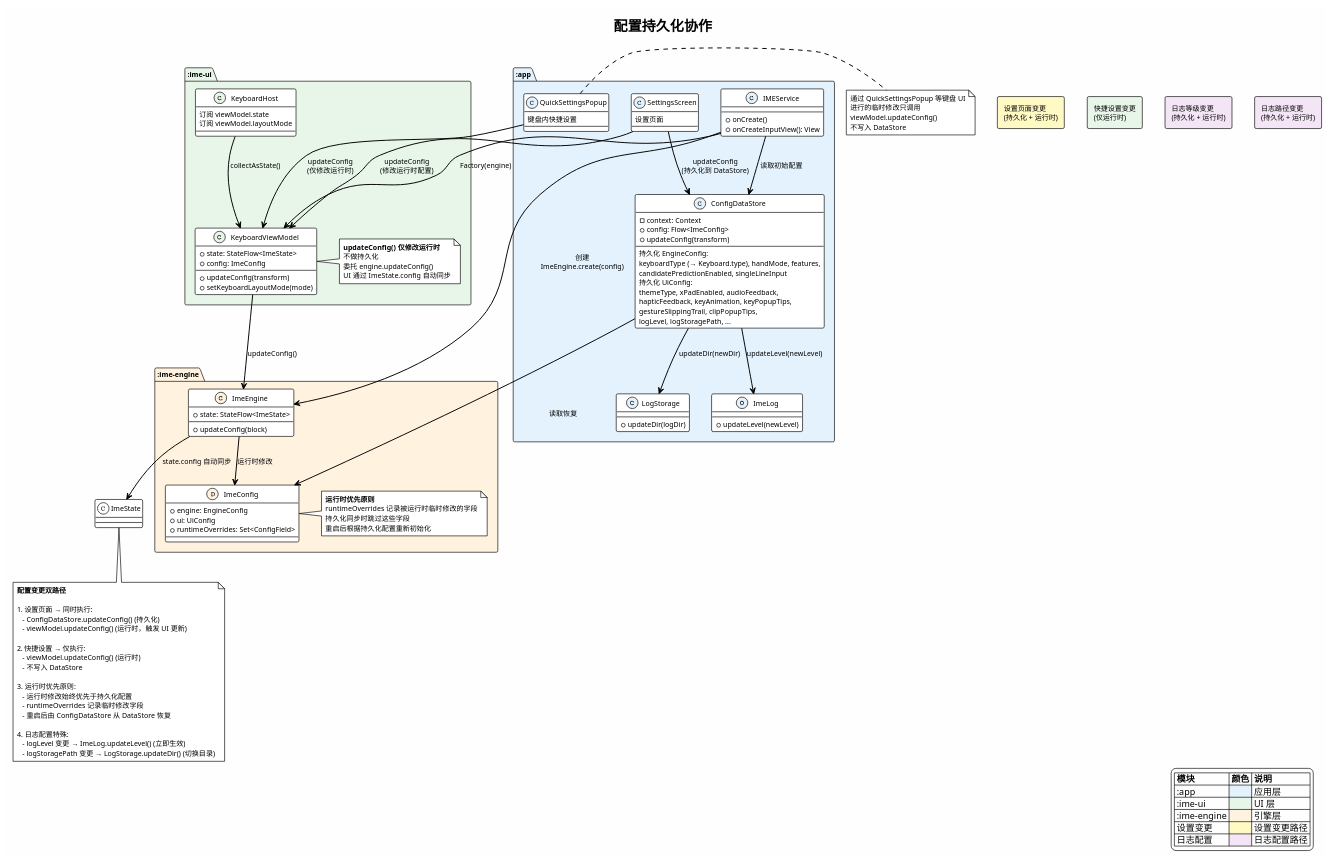
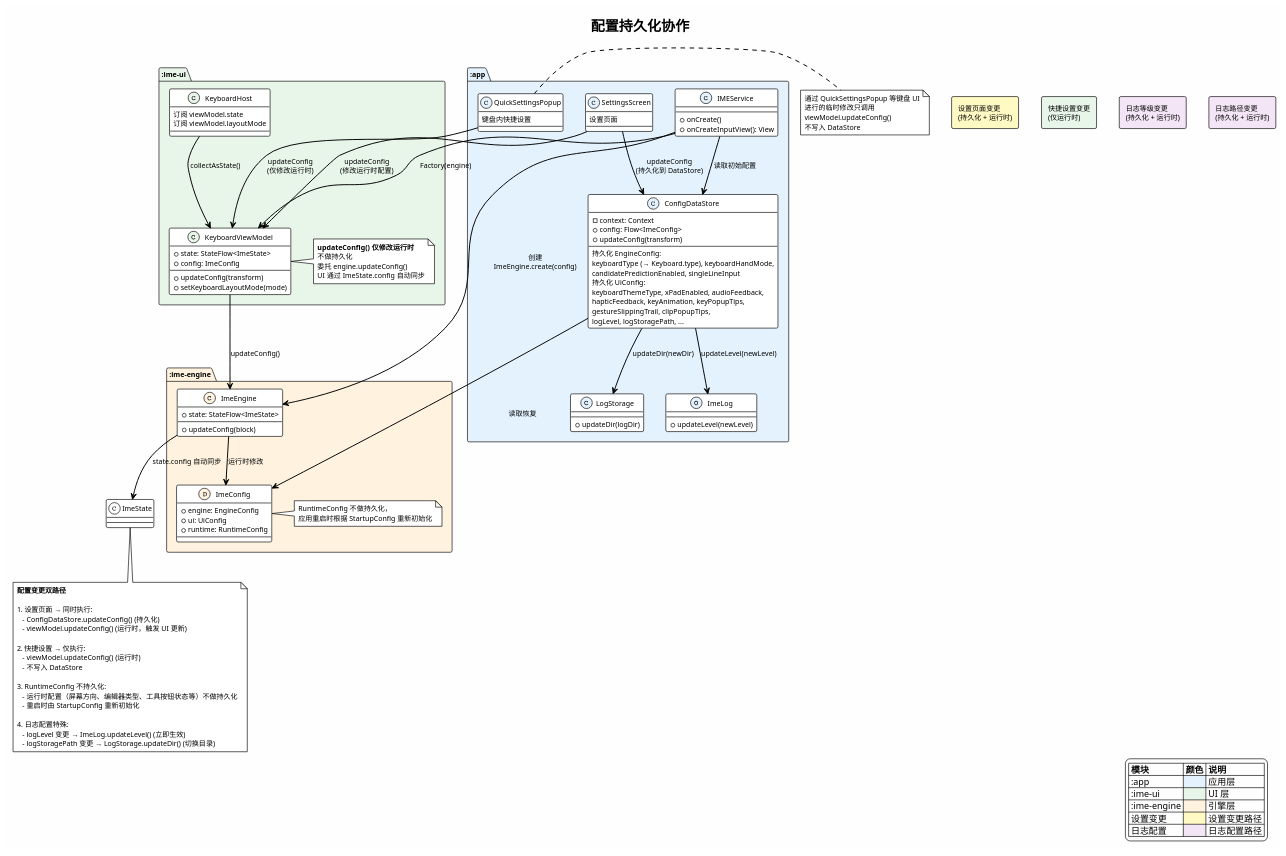
One commit to crazydan-studio/kuaizi-ime-android changed the diagram in docs/ai-agent/v4/design/diagrams/app-config-persistence.puml. Above: the diagram before and after it, drawn with PlantUML. The commit also changed 25 other files, not shown here.

```diff
--- a/docs/ai-agent/v4/design/diagrams/app-config-persistence.puml
+++ b/docs/ai-agent/v4/design/diagrams/app-config-persistence.puml
@@ -1,153 +1,150 @@
 @startuml app-config-persistence
 allowmixing
 !theme plain
 skinparam backgroundColor #FEFEFE
 skinparam defaultFontSize 11
 skinparam arrowThickness 1.5
 
 title 配置持久化协作
 
 legend right
   |= 模块 |= 颜色 |= 说明 |
   | :app | <#E3F2FD> | 应用层 |
   | :ime-ui | <#E8F5E9> | UI 层 |
   | :ime-engine | <#FFF3E0> | 引擎层 |
   | 设置变更 | <#FFF9C4> | 设置变更路径 |
   | 日志配置 | <#F3E5F5> | 日志配置路径 |
 endlegend
 
 ' ===== :ime-engine =====
 package ":ime-engine" #FFF3E0 {
   class ImeConfig <<(D,#FFF3E0)>> {
     + engine: EngineConfig
     + ui: UiConfig
-    + runtimeOverrides: Set<ConfigField>
+    + runtime: RuntimeConfig
   }
   class ImeEngine <<(C,#FFF3E0)>> {
     + updateConfig(block)
     + state: StateFlow<ImeState>
   }
   note right of ImeConfig
-    **运行时优先原则**
-    runtimeOverrides 记录被运行时临时修改的字段
-    持久化同步时跳过这些字段
-    重启后根据持久化配置重新初始化
+    RuntimeConfig 不做持久化，
+    应用重启时根据 StartupConfig 重新初始化
   end note
 }
 
 ' ===== :ime-ui =====
 package ":ime-ui" #E8F5E9 {
   class KeyboardViewModel <<(C,#E8F5E9)>> {
     + state: StateFlow<ImeState>
     + config: ImeConfig
     + updateConfig(transform)
     + setKeyboardLayoutMode(mode)
   }
   class KeyboardHost <<(C,#E8F5E9)>> {
     订阅 viewModel.state
     订阅 viewModel.layoutMode
   }
   note right of KeyboardViewModel
     **updateConfig() 仅修改运行时**
     不做持久化
     委托 engine.updateConfig()
     UI 通过 ImeState.config 自动同步
   end note
 }
 
 ' ===== :app =====
 package ":app" #E3F2FD {
   class ConfigDataStore <<(C,#E3F2FD)>> {
     - context: Context
     + config: Flow<ImeConfig>
     + updateConfig(transform)
     --
     持久化 EngineConfig:
-      keyboardType (→ Keyboard.type), handMode, features,
+      keyboardType (→ Keyboard.type), keyboardHandMode,
       candidatePredictionEnabled, singleLineInput
     持久化 UiConfig:
-      themeType, xPadEnabled, audioFeedback,
+      keyboardThemeType, xPadEnabled, audioFeedback,
       hapticFeedback, keyAnimation, keyPopupTips,
       gestureSlippingTrail, clipPopupTips,
       logLevel, logStoragePath, ...
   }
   class IMEService <<(C,#E3F2FD)>> {
     + onCreate()
     + onCreateInputView(): View
   }
   class SettingsScreen <<(C,#E3F2FD)>> {
     设置页面
   }
   class QuickSettingsPopup <<(C,#E3F2FD)>> {
     键盘内快捷设置
   }
   class ImeLog <<(O,#E3F2FD)>> {
     + updateLevel(newLevel)
   }
   class LogStorage <<(C,#E3F2FD)>> {
     + updateDir(logDir)
   }
 }
 
 ' ===== 配置变更双路径 =====
 
 rectangle "设置页面变更\n(持久化 + 运行时)" #FFF9C4 {
   SettingsScreen --> ConfigDataStore : updateConfig\n(持久化到 DataStore)
   SettingsScreen --> KeyboardViewModel : updateConfig\n(修改运行时配置)
 }
 
 rectangle "快捷设置变更\n(仅运行时)" #E8F5E9 {
   QuickSettingsPopup --> KeyboardViewModel : updateConfig\n(仅修改运行时)
 }
 
 note right of QuickSettingsPopup
   通过 QuickSettingsPopup 等键盘 UI
   进行的临时修改只调用
   viewModel.updateConfig()
   不写入 DataStore
 end note
 
 ' ===== 协作关系 =====
 IMEService --> ImeEngine : 创建\nImeEngine.create(config)
 IMEService --> KeyboardViewModel : Factory(engine)
 IMEService --> ConfigDataStore : 读取初始配置
 
 KeyboardViewModel --> ImeEngine : updateConfig()
 ImeEngine --> ImeConfig : 运行时修改
 ImeEngine --> ImeState : state.config 自动同步
 
 ConfigDataStore --> ImeConfig : 读取恢复
 KeyboardHost --> KeyboardViewModel : collectAsState()
 
 ' ===== 日志配置特殊路径 =====
 rectangle "日志等级变更\n(持久化 + 运行时)" #F3E5F5 {
   ConfigDataStore --> ImeLog : updateLevel(newLevel)
 }
 
 rectangle "日志路径变更\n(持久化 + 运行时)" #F3E5F5 {
   ConfigDataStore --> LogStorage : updateDir(newDir)
 }
 
 ' ===== 流程说明 =====
 note bottom
   **配置变更双路径**
 
   1. 设置页面 → 同时执行:
      - ConfigDataStore.updateConfig() (持久化)
      - viewModel.updateConfig() (运行时，触发 UI 更新)
 
   2. 快捷设置 → 仅执行:
      - viewModel.updateConfig() (运行时)
      - 不写入 DataStore
 
-  3. 运行时优先原则:
-     - 运行时修改始终优先于持久化配置
-     - runtimeOverrides 记录临时修改字段
-     - 重启后由 ConfigDataStore 从 DataStore 恢复
+  3. RuntimeConfig 不持久化:
+     - 运行时配置（屏幕方向、编辑器类型、工具按钮状态等）不做持久化
+     - 重启时由 StartupConfig 重新初始化
 
   4. 日志配置特殊:
      - logLevel 变更 → ImeLog.updateLevel() (立即生效)
      - logStoragePath 变更 → LogStorage.updateDir() (切换目录)
 end note
 
 @enduml
```
